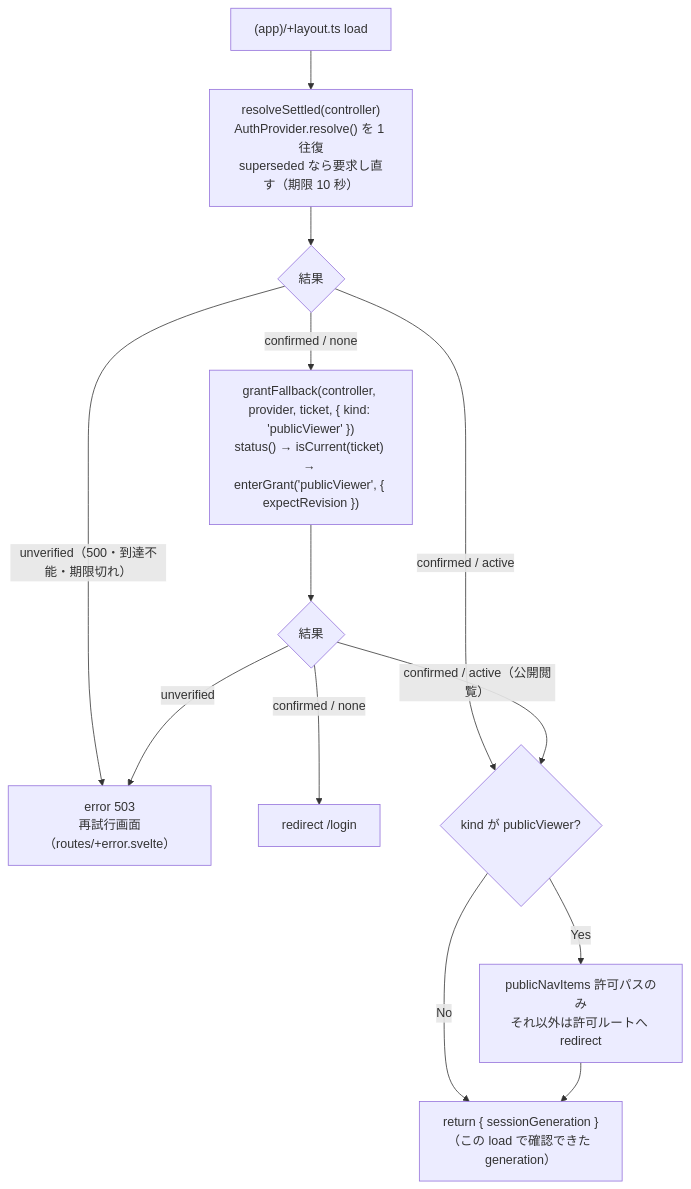
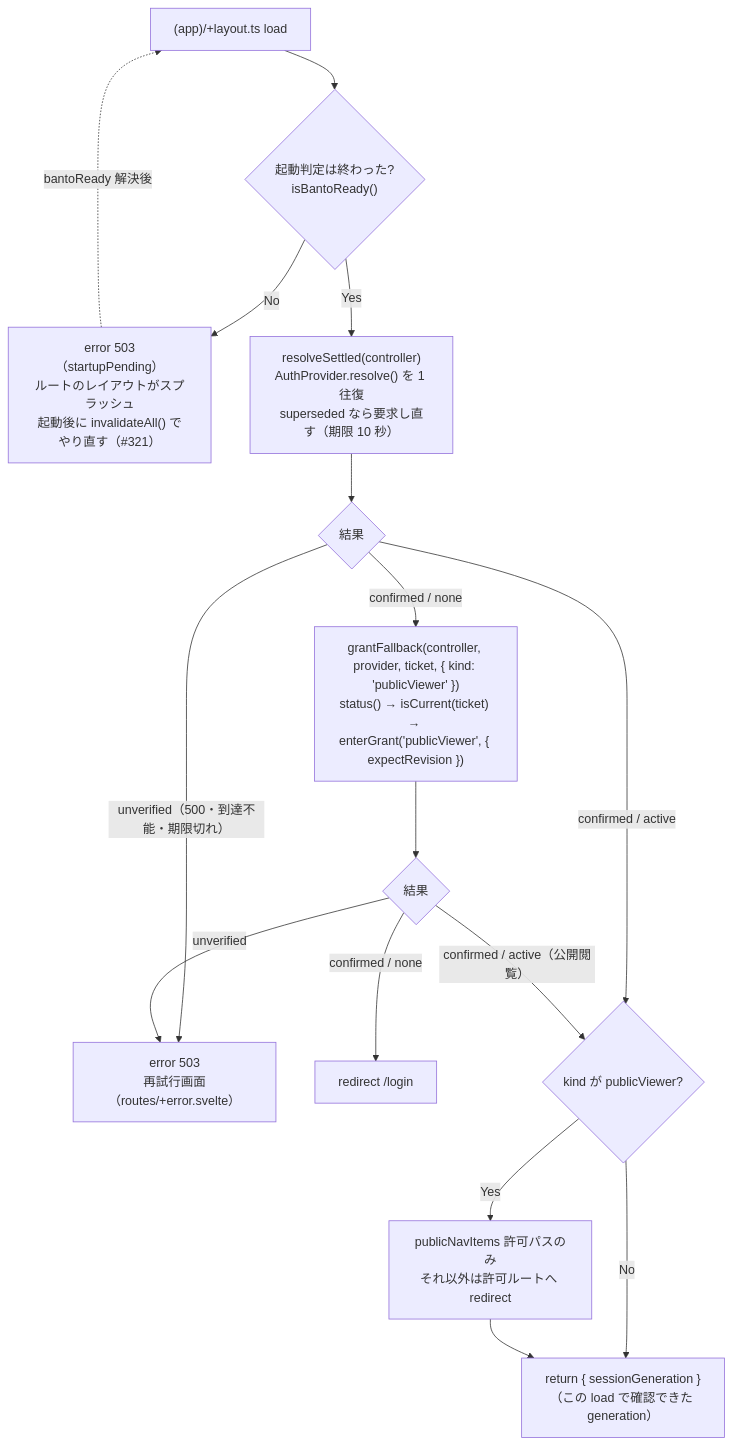
Before and after one commit to tyaro/banto: the second of 11 diagrams in docs/architecture-flows.md, drawn with Mermaid. The commit also changed other lines of this file and 10 other files, not shown here.

````diff
--- a/docs/architecture-flows.md
+++ b/docs/architecture-flows.md
@@ -56,26 +60,31 @@
 ```mermaid
 flowchart TD
   GUARD["(app)/+layout.ts load"]
+  READY{"起動判定は終わった?<br/>isBantoReady()"}
+  DEFER["error 503（startupPending）<br/>ルートのレイアウトがスプラッシュ<br/>起動後に invalidateAll() でやり直す（#321）"]
   RESOLVE["resolveSettled(controller)<br/>AuthProvider.resolve() を 1 往復<br/>superseded なら要求し直す（期限 10 秒）"]
   R1{"結果"}
   E503["error 503<br/>再試行画面（routes/+error.svelte）"]
   PVF["grantFallback(controller, provider, ticket, { kind: 'publicViewer' })<br/>status() → isCurrent(ticket) → enterGrant('publicViewer', { expectRevision })"]
   R2{"結果"}
   LOGIN["redirect /login"]
   ALLOW{"kind が publicViewer?"}
   NAV["publicNavItems 許可パスのみ<br/>それ以外は許可ルートへ redirect"]
   RET["return { sessionGeneration }<br/>（この load で確認できた generation）"]
 
-  GUARD --> RESOLVE
+  GUARD --> READY
+  READY -->|No| DEFER
+  DEFER -.->|"bantoReady 解決後"| GUARD
+  READY -->|Yes| RESOLVE
   RESOLVE --> R1
   R1 -->|"unverified（500・到達不能・期限切れ）"| E503
   R1 -->|"confirmed / active"| ALLOW
   R1 -->|"confirmed / none"| PVF
   PVF --> R2
   R2 -->|unverified| E503
   R2 -->|"confirmed / none"| LOGIN
   R2 -->|"confirmed / active（公開閲覧）"| ALLOW
   ALLOW -->|Yes| NAV
   ALLOW -->|No| RET
   NAV --> RET
 ```
````
